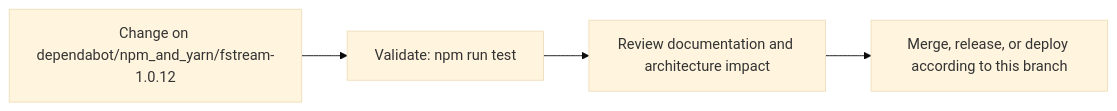
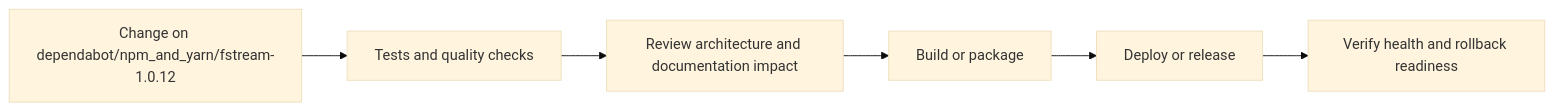
One commit to Nischhalsubba/rismfp-ui changed the fourth of 5 diagrams in README.md. Above: the diagram before and after it, drawn with Mermaid (base theme). The commit also changed other lines of this file, not shown here.

````diff
--- a/README.md
+++ b/README.md
@@ -62,8 +134,8 @@
 ```mermaid
 flowchart LR
-    CHANGE["Change on dependabot/npm_and_yarn/fstream-1.0.12"]
-    CHECK["Validate: npm run test"]
-    REVIEW["Review documentation and architecture impact"]
-    RELEASE["Merge, release, or deploy according to this branch"]
-    CHANGE --> CHECK --> REVIEW --> RELEASE
+    CHANGE["Change on dependabot/npm_and_yarn/fstream-1.0.12"] --> CHECK["Tests and quality checks"]
+    CHECK --> REVIEW["Review architecture and documentation impact"]
+    REVIEW --> BUILD["Build or package"]
+    BUILD --> DEPLOY["Deploy or release"]
+    DEPLOY --> VERIFY["Verify health and rollback readiness"]
 ```
````
